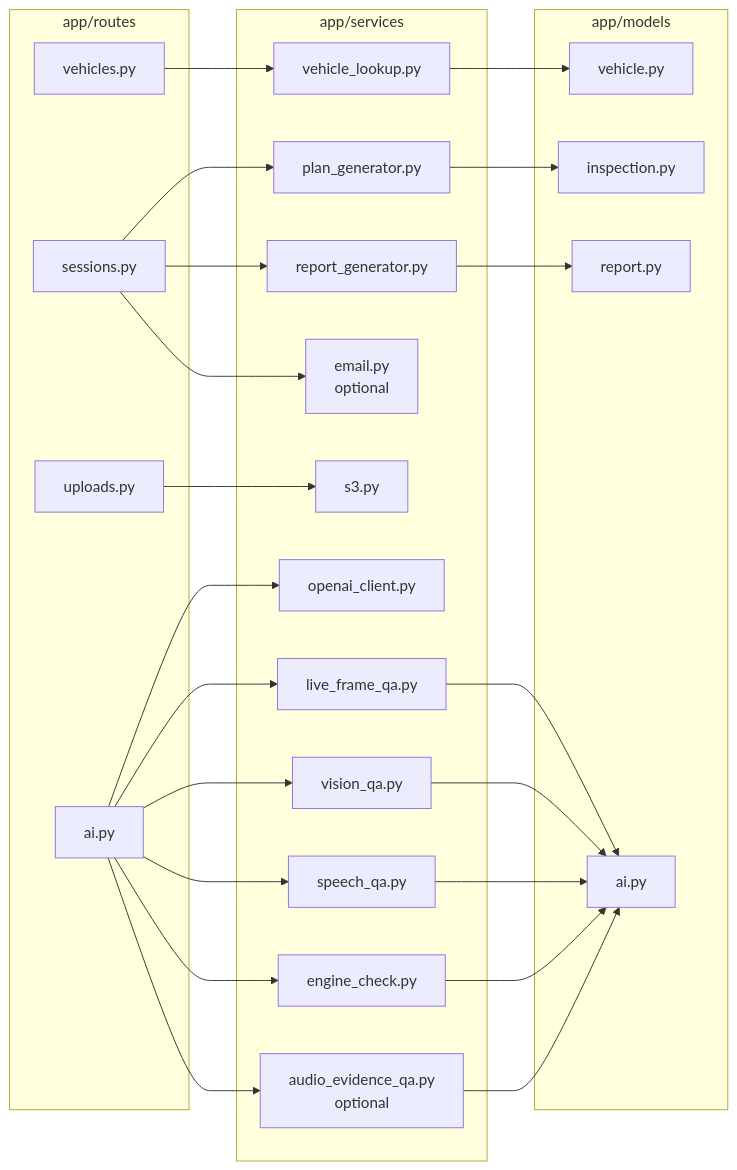
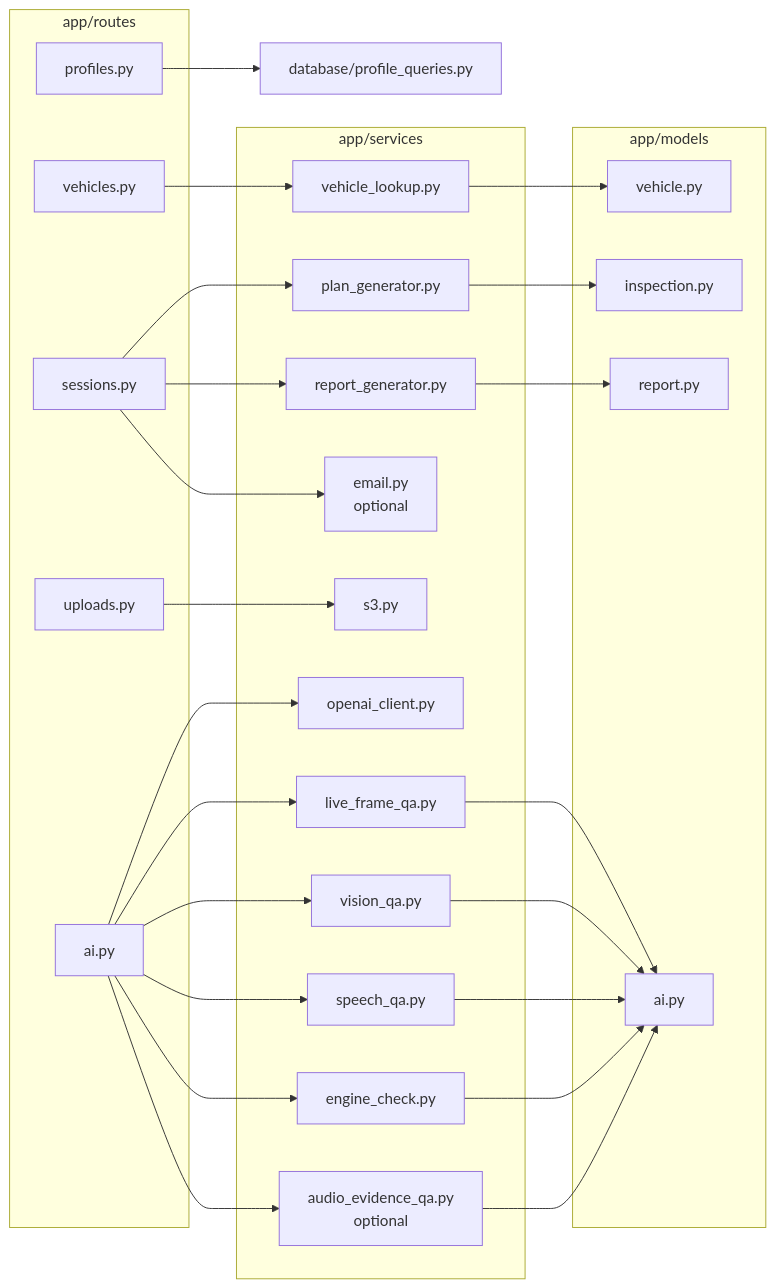
The fourth of 20 diagrams in ARCHITECTURE.md (adityabhattad2021/Inspection-Copilot), drawn with Mermaid before and after one commit. The commit also changed other lines of this file and 18 other files, not shown here.

````diff
--- a/ARCHITECTURE.md
+++ b/ARCHITECTURE.md
@@ -143,51 +152,55 @@
 ```mermaid
 flowchart LR
   subgraph Routes["app/routes"]
+    Profiles["profiles.py"]
     Vehicles["vehicles.py"]
     Sessions["sessions.py"]
     Uploads["uploads.py"]
     AI["ai.py"]
   end
 
   subgraph Services["app/services"]
     VehicleLookup["vehicle_lookup.py"]
     PlanGen["plan_generator.py"]
     S3Svc["s3.py"]
     OpenAIClient["openai_client.py"]
     LiveFrameQA["live_frame_qa.py"]
     VisionQA["vision_qa.py"]
     SpeechQA["speech_qa.py"]
     EngineCheck["engine_check.py"]
     AudioEvidenceQA["audio_evidence_qa.py<br/>optional"]
     ReportGen["report_generator.py"]
     EmailSvc["email.py<br/>optional"]
   end
 
   subgraph Models["app/models"]
     VehicleModel["vehicle.py"]
     InspectionModel["inspection.py"]
     AIModel["ai.py"]
     ReportModel["report.py"]
   end
 
+  ProfileStore["database/profile_queries.py"]
+
+  Profiles --> ProfileStore
   Vehicles --> VehicleLookup
   Sessions --> PlanGen
   Uploads --> S3Svc
   AI --> OpenAIClient
   AI --> LiveFrameQA
   AI --> VisionQA
   AI --> SpeechQA
   AI --> EngineCheck
   AI --> AudioEvidenceQA
   Sessions --> ReportGen
   Sessions --> EmailSvc
 
   VehicleLookup --> VehicleModel
   PlanGen --> InspectionModel
   LiveFrameQA --> AIModel
   VisionQA --> AIModel
   SpeechQA --> AIModel
   EngineCheck --> AIModel
   AudioEvidenceQA --> AIModel
   ReportGen --> ReportModel
 ```
````
